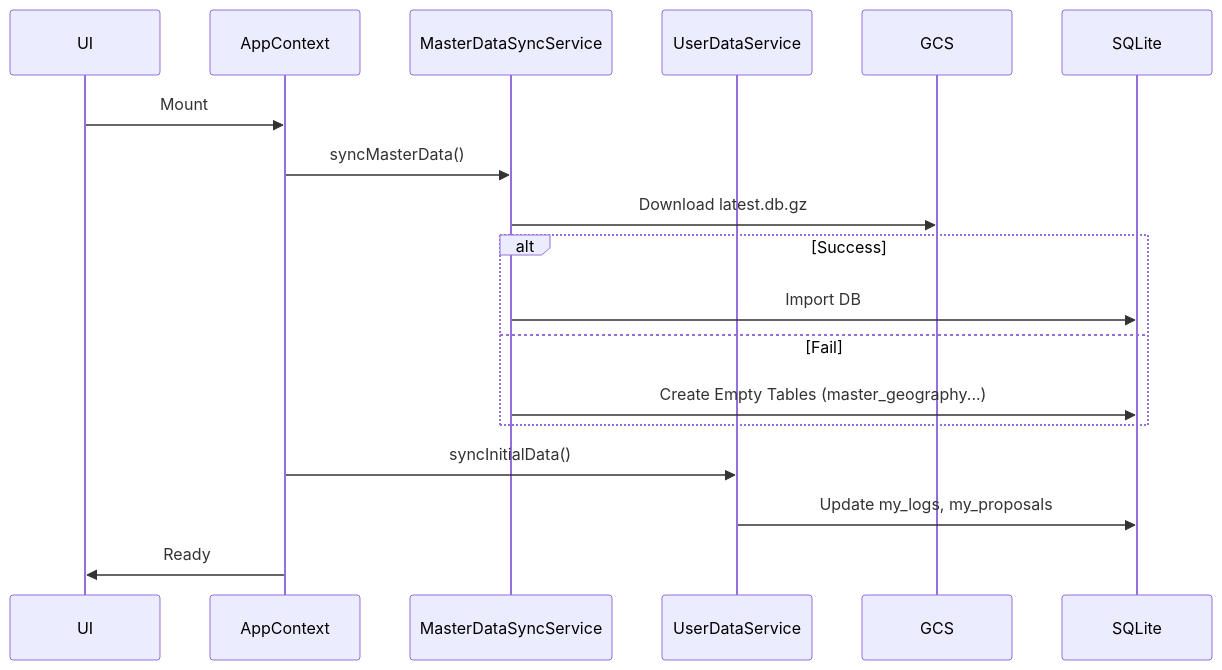
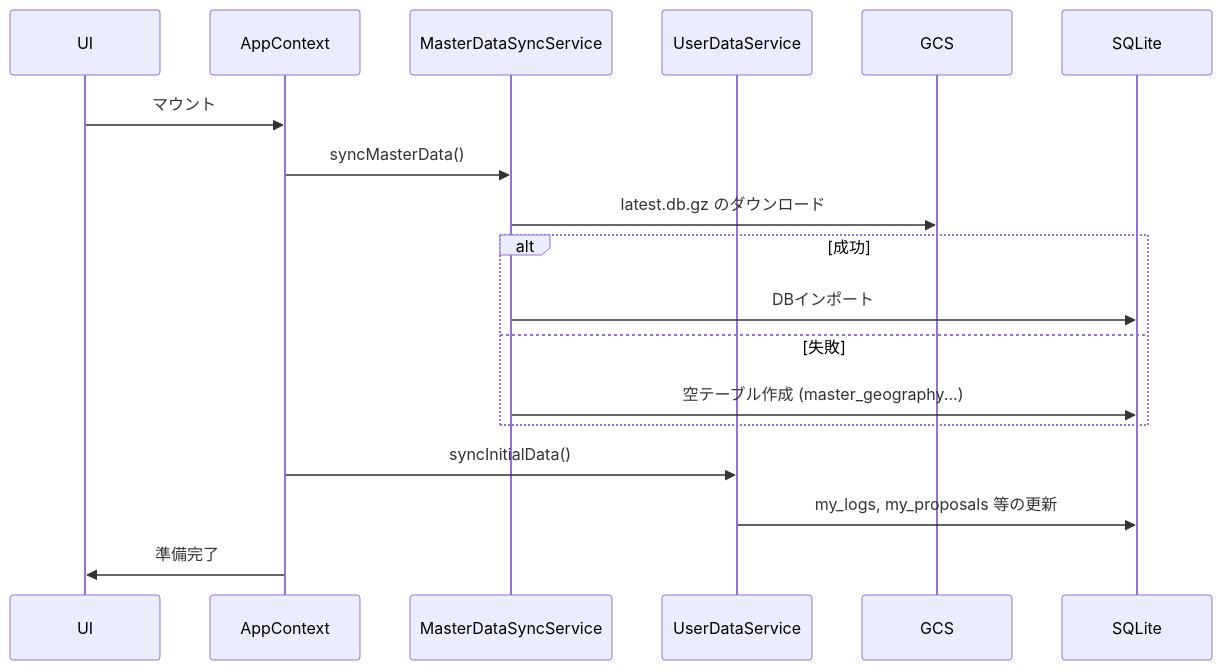
One commit to cloud-solutions-ttakeuchi/wedive changed the sixth of 8 diagrams in DATABASE_DESIGN.md. Above: the diagram before and after it, drawn with Mermaid. The commit also changed other lines of this file, not shown here.

````diff
--- a/DATABASE_DESIGN.md
+++ b/DATABASE_DESIGN.md
@@ -721,21 +735,21 @@
 ```mermaid
 sequenceDiagram
     participant UI
     participant CTX as AppContext
     participant MDSync as MasterDataSyncService
     participant UDS as UserDataService
     participant GCS
     participant SQLite
 
-    UI->>CTX: Mount
+    UI->>CTX: マウント
     CTX->>MDSync: syncMasterData()
-    MDSync->>GCS: Download latest.db.gz
-    alt Success
-        MDSync->>SQLite: Import DB
-    else Fail
-        MDSync->>SQLite: Create Empty Tables (master_geography...)
+    MDSync->>GCS: latest.db.gz のダウンロード
+    alt 成功
+        MDSync->>SQLite: DBインポート
+    else 失敗
+        MDSync->>SQLite: 空テーブル作成 (master_geography...)
     end
     CTX->>UDS: syncInitialData()
-    UDS->>SQLite: Update my_logs, my_proposals
-    CTX->>UI: Ready
+    UDS->>SQLite: my_logs, my_proposals 等の更新
+    CTX->>UI: 準備完了
 ```
````
